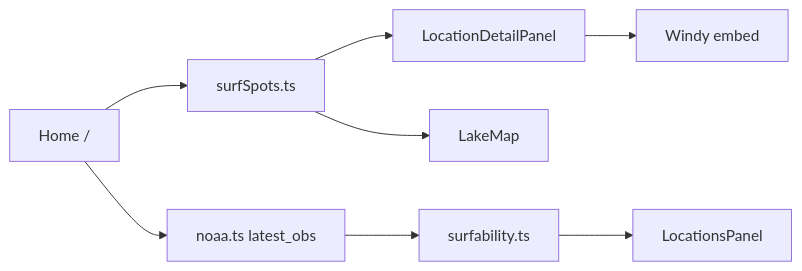
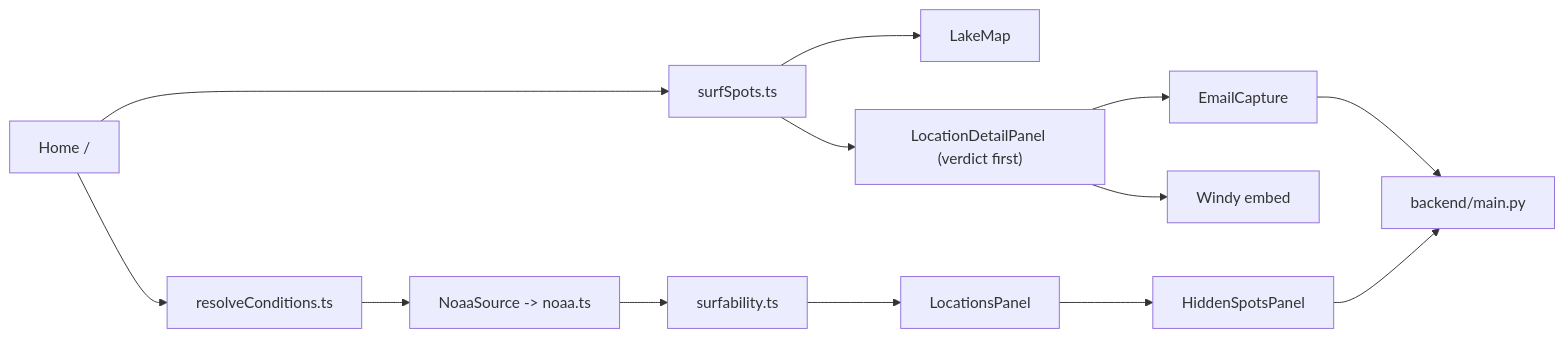
One commit to CPHughes7/surf-app-rerun changed the diagram in CONTEXT.md. Above: the diagram before and after it, drawn with Mermaid. The commit also changed other lines of this file, not shown here.

First line of the commit message:
Update CONTEXT.md for the completed verdict-first build brief.

````diff
--- a/CONTEXT.md
+++ b/CONTEXT.md
@@ -55,17 +54,23 @@
 ```mermaid
 flowchart LR
   Home["Home /"]
   Catalog["surfSpots.ts"]
-  NOAA["noaa.ts latest_obs"]
+  Seam["resolveConditions.ts"]
+  NoaaSrc["NoaaSource -> noaa.ts"]
   Score["surfability.ts"]
   Drawer["LocationsPanel"]
+  Hidden["HiddenSpotsPanel"]
   Map["LakeMap"]
-  Sheet["LocationDetailPanel"]
+  Sheet["LocationDetailPanel (verdict first)"]
+  Capture["EmailCapture"]
   Windy["Windy embed"]
+  Backend["backend/main.py"]
   Home --> Catalog
-  Home --> NOAA --> Score
+  Home --> Seam --> NoaaSrc --> Score
   Score --> Drawer
   Catalog --> Map
   Catalog --> Sheet
+  Sheet --> Capture --> Backend
   Sheet --> Windy
+  Drawer --> Hidden --> Backend
 ```
````
